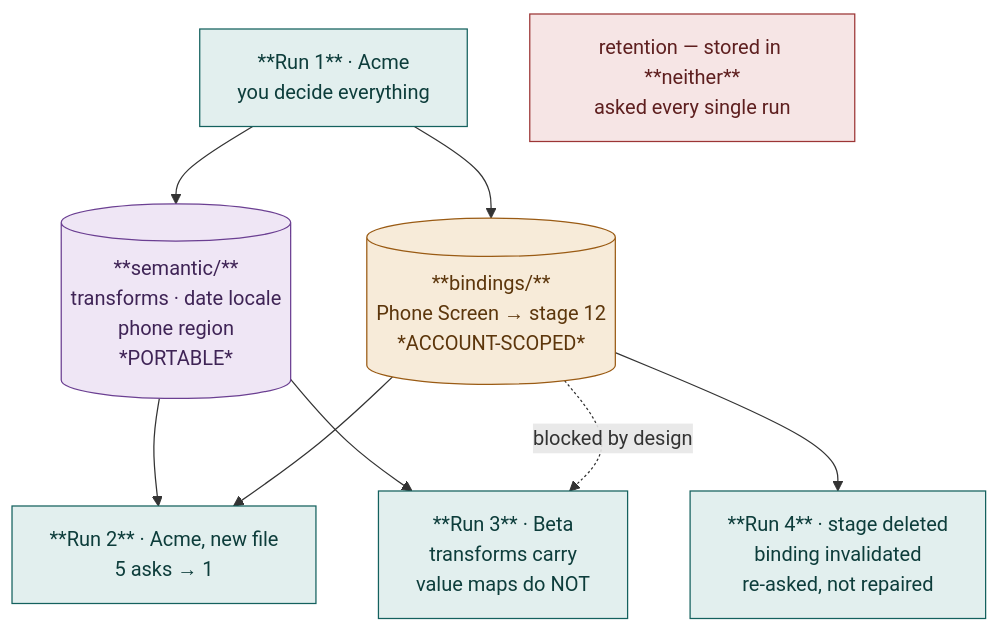
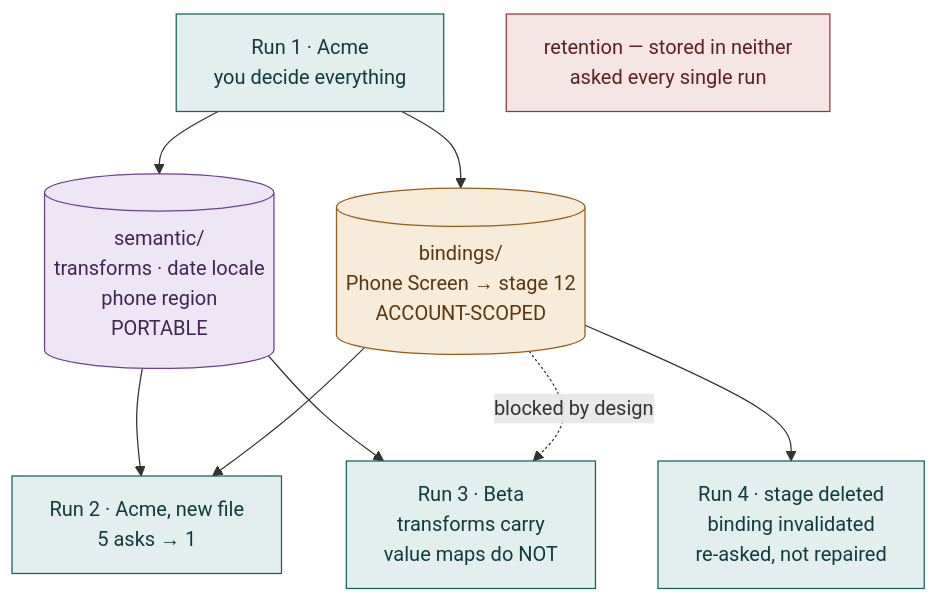
One commit to Fazal-Elahi/PinPointHQ changed the fourth of 4 diagrams in README.md. Above: the diagram before and after it, drawn with Mermaid. The commit also changed other lines of this file and 3 other files, not shown here.

````diff
--- a/README.md
+++ b/README.md
@@ -147,16 +153,16 @@
 ```mermaid
 flowchart TD
-    R1["**Run 1** · Acme<br/>you decide everything"]:::run
-    R1 --> SEM[("**semantic/**<br/>transforms · date locale<br/>phone region<br/>*PORTABLE*")]:::sem
-    R1 --> BND[("**bindings/**<br/>Phone Screen → stage 12<br/>*ACCOUNT-SCOPED*")]:::bnd
-    SEM --> R2["**Run 2** · Acme, new file<br/>5 asks → 1"]:::run
+    R1["Run 1 · Acme<br/>you decide everything"]:::run
+    R1 --> SEM[("semantic/<br/>transforms · date locale<br/>phone region<br/>PORTABLE")]:::sem
+    R1 --> BND[("bindings/<br/>Phone Screen → stage 12<br/>ACCOUNT-SCOPED")]:::bnd
+    SEM --> R2["Run 2 · Acme, new file<br/>5 asks → 1"]:::run
     BND --> R2
-    SEM --> R3["**Run 3** · Beta<br/>transforms carry<br/>value maps do NOT"]:::run
+    SEM --> R3["Run 3 · Beta<br/>transforms carry<br/>value maps do NOT"]:::run
     BND -.->|"blocked by design"| R3
-    BND --> R4["**Run 4** · stage deleted<br/>binding invalidated<br/>re-asked, not repaired"]:::run
-    RET["retention — stored in **neither**<br/>asked every single run"]:::ret
+    BND --> R4["Run 4 · stage deleted<br/>binding invalidated<br/>re-asked, not repaired"]:::run
+    RET["retention — stored in neither<br/>asked every single run"]:::ret
     classDef run fill:#e2efee,stroke:#14615e,color:#0d3d3b
     classDef sem fill:#efe6f5,stroke:#6b3f92,color:#3f2456
     classDef bnd fill:#f7ebd9,stroke:#9a5b14,color:#5c360c
     classDef ret fill:#f6e5e5,stroke:#9c3535,color:#5e1f1f
 ```
````
